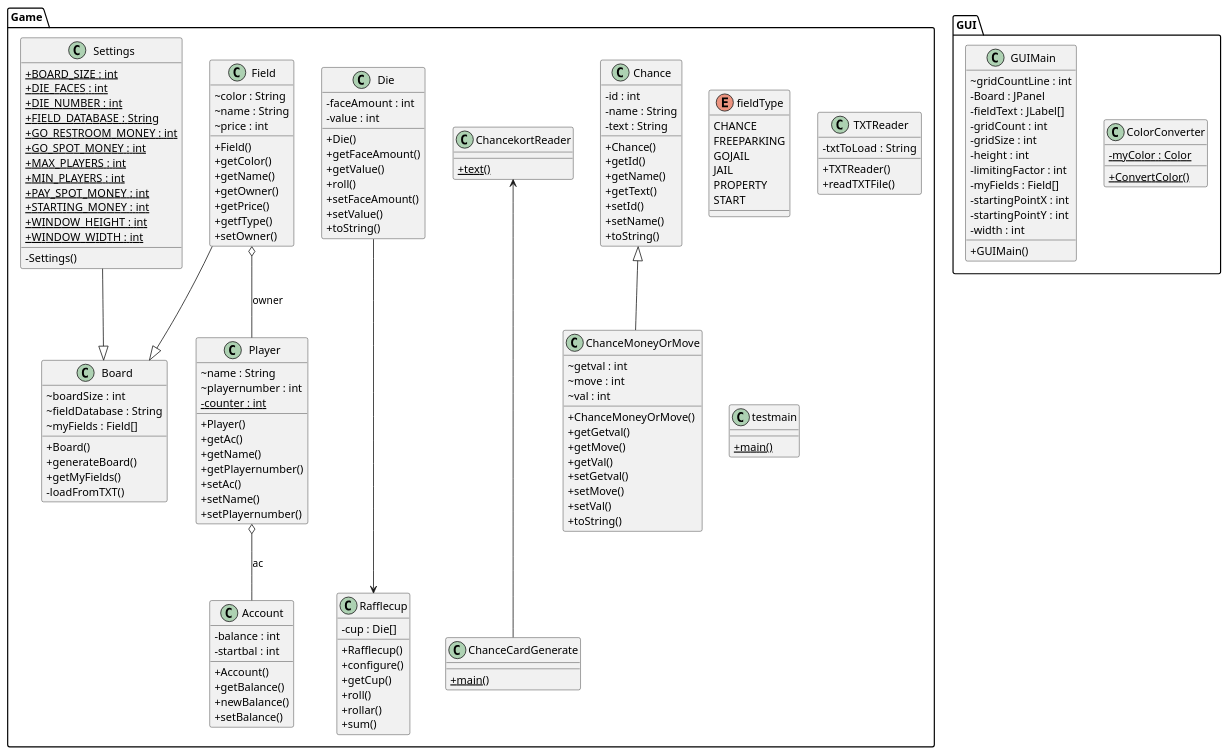
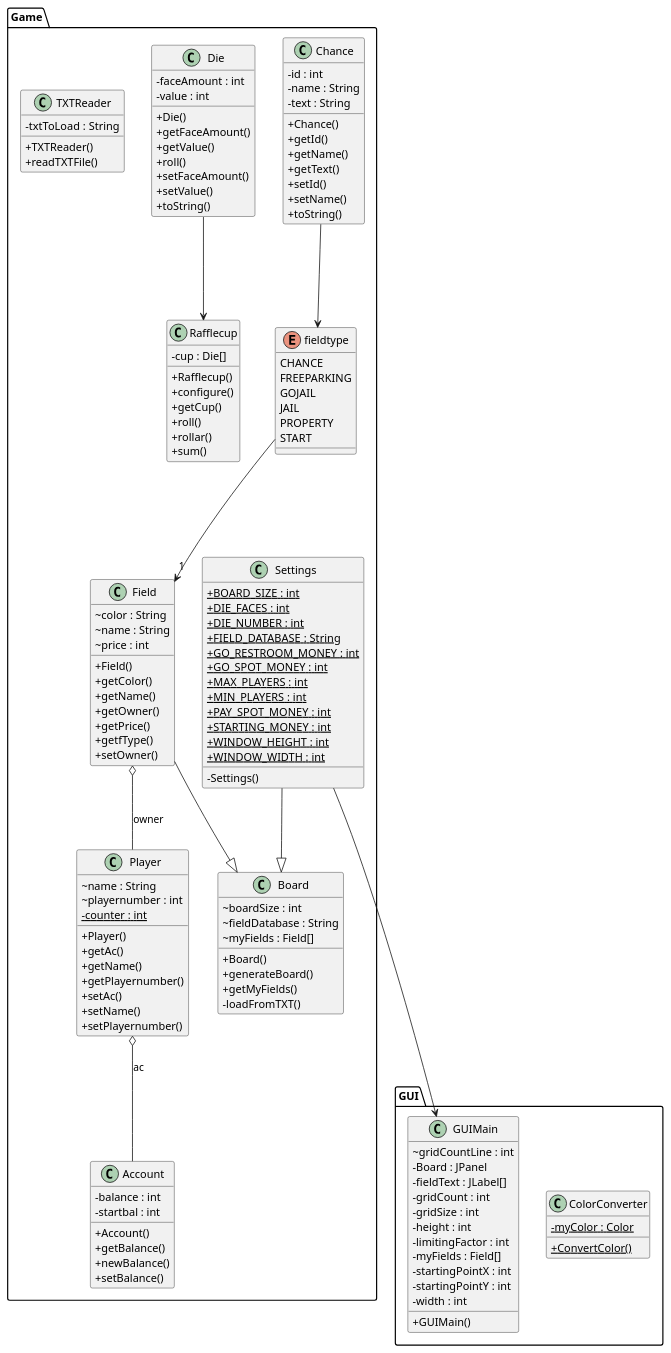
One commit to GoodGithubAccount/02_CDIO3 changed the diagram in src/Game/Diagrams/DesignClassDiagram.puml. Above: the diagram before and after it, drawn with PlantUML.

Commit message:
Class diagram update

```diff
--- a/src/Game/Diagrams/DesignClassDiagram.puml
+++ b/src/Game/Diagrams/DesignClassDiagram.puml
@@ -42,38 +42,6 @@
     }
   }
 
-
-  namespace Game {
-    class Game.ChanceCardGenerate {
-        {static} + main()
-    }
-  }
-
-
-  namespace Game {
-    class Game.ChanceMoneyOrMove {
-        ~ getval : int
-        ~ move : int
-        ~ val : int
-        + ChanceMoneyOrMove()
-        + getGetval()
-        + getMove()
-        + getVal()
-        + setGetval()
-        + setMove()
-        + setVal()
-        + toString()
-    }
-  }
-
-
-  namespace Game {
-    class Game.ChancekortReader {
-        {static} + text()
-    }
-  }
-
-
   namespace Game {
     class Game.Die {
         - faceAmount : int
@@ -106,7 +74,7 @@
 
 
   namespace Game {
-    enum fieldType {
+    enum fieldtype {
       CHANCE
       FREEPARKING
       GOJAIL
@@ -173,12 +141,6 @@
     }
   }
 
-
-  namespace Game {
-    class Game.testmain {
-        {static} + main()
-    }
-  }
   namespace GUI {
       class GUI.ColorConverter {
           {static} - myColor : Color
@@ -204,14 +166,13 @@
       }
     }
 
-  Game.ChanceMoneyOrMove -up-|> Game.Chance
+  Game.Field o-- Game.Player : owner
 
-  Game.Field o-- Game.Player : owner
-  Game.Field +-down- Game.Field.fieldType
   Game.Player o-- Game.Account : ac
     Game.Field --|> Game.Board
     Game.Settings --|> Game.Board
-Game.ChancekortReader <--- Game.ChanceCardGenerate
 Game.Die ---> Game.Rafflecup
-
+Game.fieldtype ---> "1" Game.Field
+Game.Settings ---> GUI.GUIMain
+Game.Chance ---> Game.fieldtype
 @enduml
```
